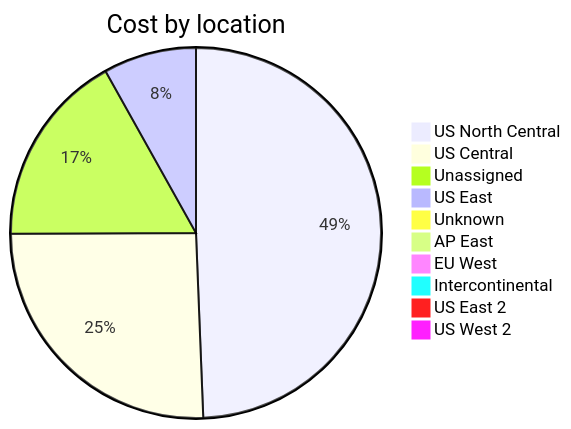
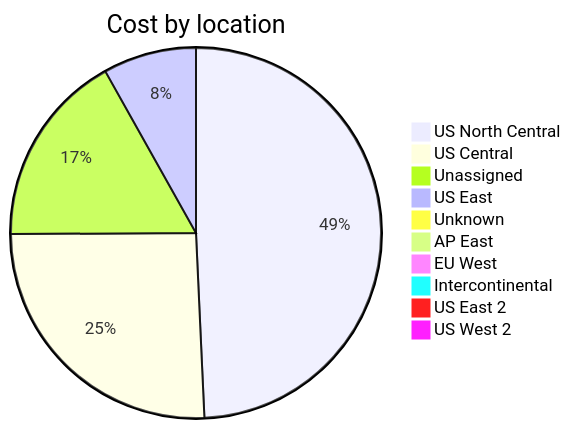
The third of 4 diagrams in cost-reports/accumulated-cost.md (jpfulton/azure-personal-reports), drawn with Mermaid before and after one commit. The commit also changed other lines of this file and 2 other files, not shown here.

````diff
--- a/cost-reports/accumulated-cost.md
+++ b/cost-reports/accumulated-cost.md
@@ -132,14 +132,14 @@
 ```mermaid
 pie
    title Cost by location
-   "US North Central" : 31.53
-   "US Central" : 16.33
-   "Unassigned" : 10.82
-   "US East" : 5.18
-   "Unknown" : 0.51
+   "US North Central" : 32.96
+   "US Central" : 17.15
+   "Unassigned" : 11.34
+   "US East" : 5.44
+   "Unknown" : 0.53
    "AP East" : 0.00
    "EU West" : 0.00
    "Intercontinental" : 0.00
    "US East 2" : 0.00
    "US West 2" : 0.00
 ```
````
